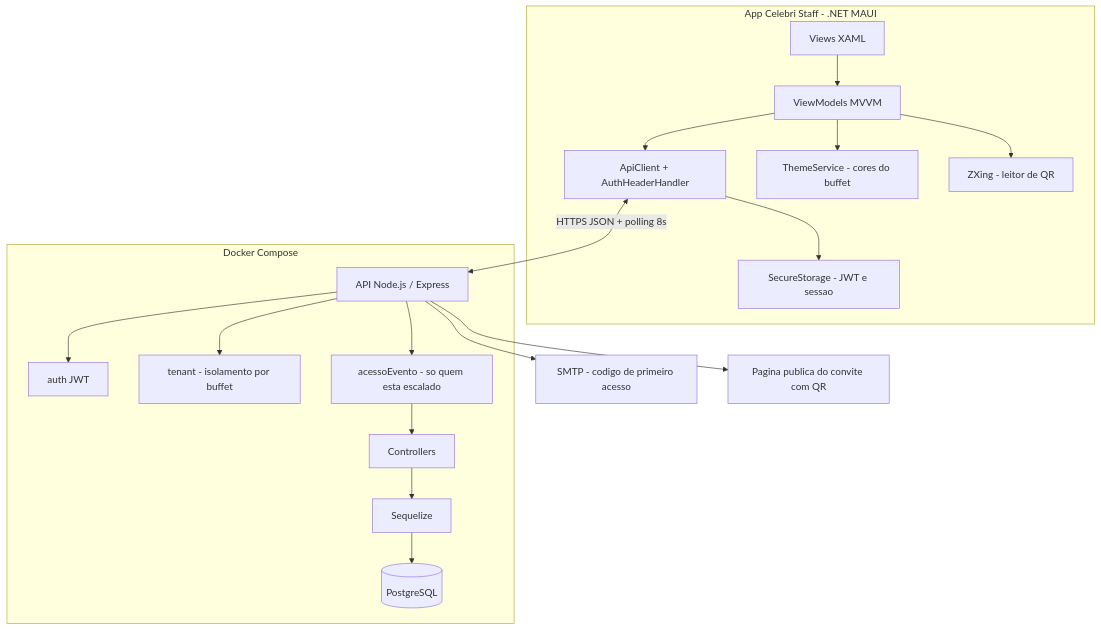
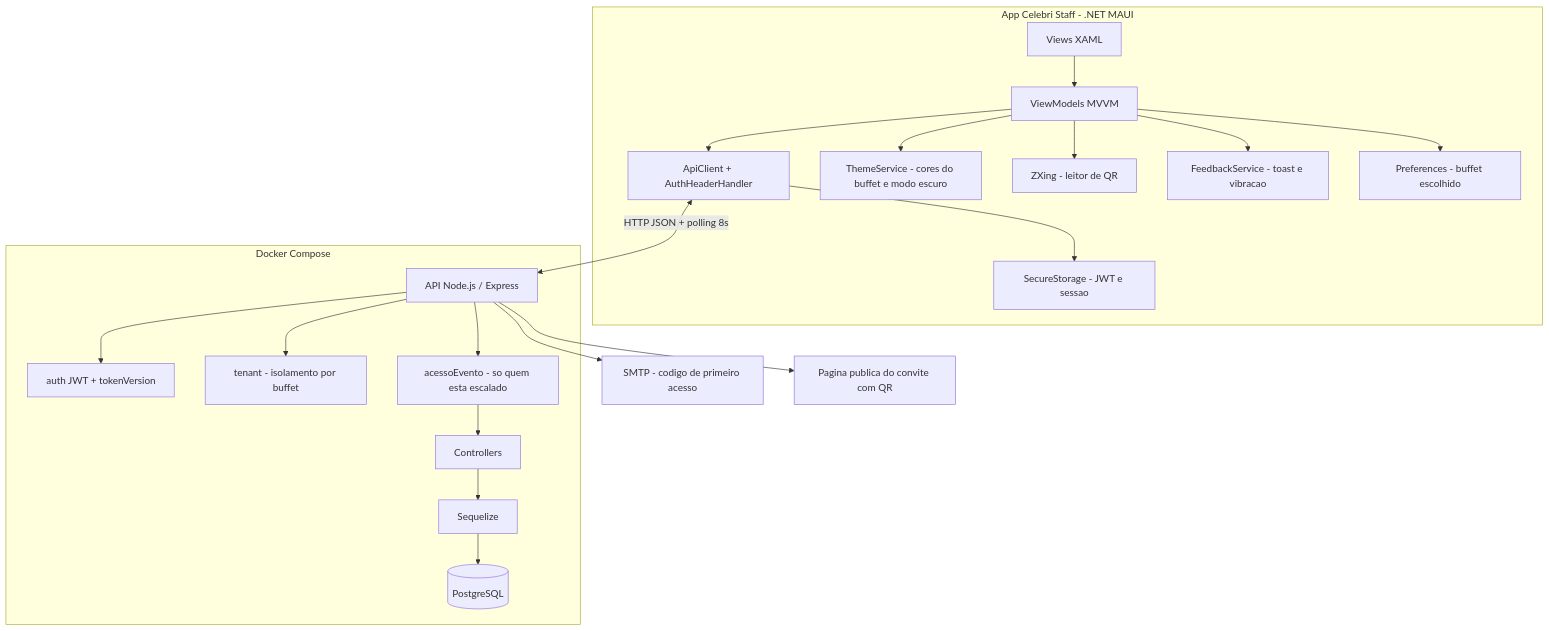
The second of 7 diagrams in README.md (leoantoniassi/celebri-staff), drawn with Mermaid before and after one commit. The commit also changed other lines of this file and 2 other files, not shown here.

````diff
--- a/README.md
+++ b/README.md
@@ -162,20 +234,22 @@
 ```mermaid
 graph TD
     subgraph App[App Celebri Staff - .NET MAUI]
         V[Views XAML] --> VM[ViewModels MVVM]
         VM --> S[ApiClient + AuthHeaderHandler]
-        VM --> T[ThemeService - cores do buffet]
+        VM --> T[ThemeService - cores do buffet e modo escuro]
         VM --> Q[ZXing - leitor de QR]
+        VM --> F[FeedbackService - toast e vibracao]
         S --> SS[SecureStorage - JWT e sessao]
+        VM --> P[Preferences - buffet escolhido]
     end
     subgraph Backend[Docker Compose]
-        S <-->|HTTPS JSON + polling 8s| API[API Node.js / Express]
-        API --> M1[auth JWT]
+        S <-->|HTTP JSON + polling 8s| API[API Node.js / Express]
+        API --> M1[auth JWT + tokenVersion]
         API --> M2[tenant - isolamento por buffet]
         API --> M3[acessoEvento - so quem esta escalado]
         M3 --> C[Controllers]
         C --> ORM[Sequelize] --> DB[(PostgreSQL)]
     end
     API --> SMTP[SMTP - codigo de primeiro acesso]
     API --> PUB[Pagina publica do convite com QR]
 ```
````
